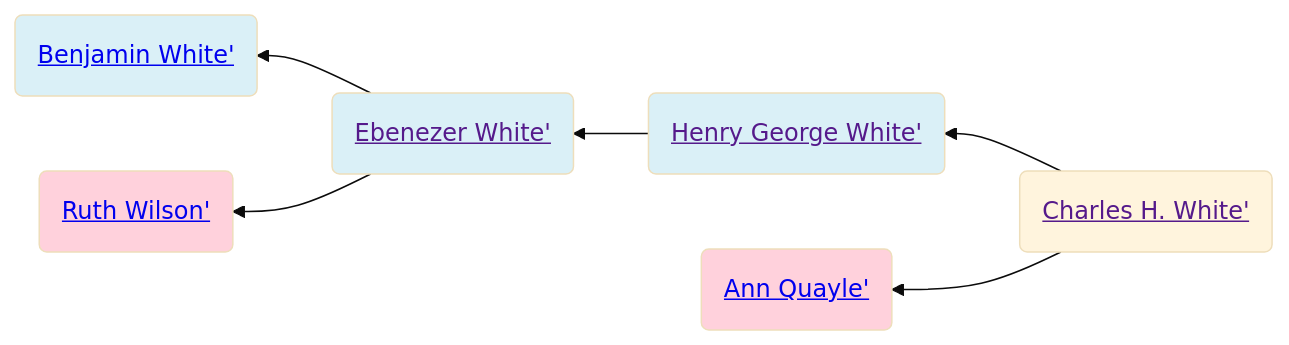
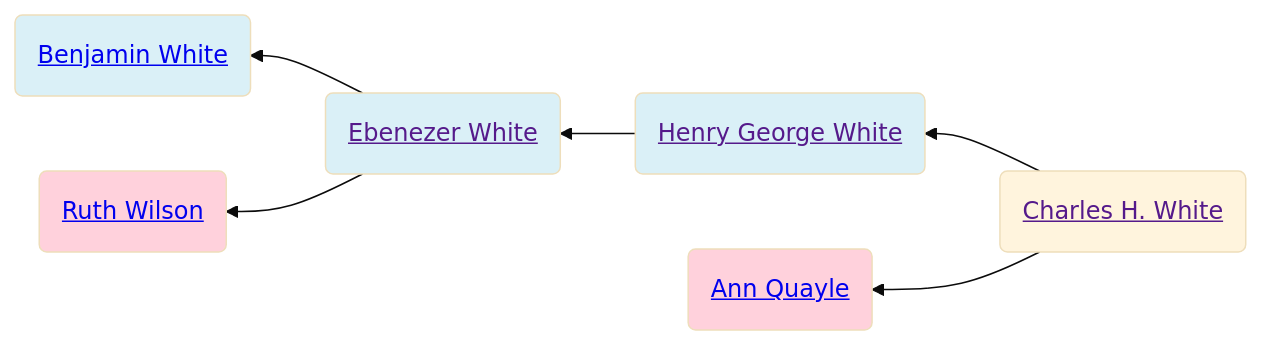
The diagram in familyhistory/sources/people/Merrill-line/White-line/Charles_H._White.qmd (neelsmith/avocational), drawn with Mermaid (base theme) before and after one commit. The commit also changed 96 other files, not shown here.

````diff
--- a/familyhistory/sources/people/Merrill-line/White-line/Charles_H._White.qmd
+++ b/familyhistory/sources/people/Merrill-line/White-line/Charles_H._White.qmd
@@ -19,18 +19,18 @@
 ```{mermaid}
 graph RL
 %% RL ancestor diagram
-Charles_H._White(<a href=''>Charles H. White'</>) -->  Henry_George_White(<a href='./Henry_George_White.html'>Henry George White'</>)
-Henry_George_White(<a href=''>Henry George White'</>) -->  Ebenezer_White(<a href='./Ebenezer_White.html'>Ebenezer White'</>)
-Ebenezer_White(<a href=''>Ebenezer White'</>) -->  Benjamin_White(<a href='./Benjamin_White.html'>Benjamin White'</>)
+Charles_H._White(<a href=''>Charles H. White</a>) -->  Henry_George_White(<a href='./Henry_George_White.html'>Henry George White</a>)
+Henry_George_White(<a href=''>Henry George White</a>) -->  Ebenezer_White(<a href='./Ebenezer_White.html'>Ebenezer White</a>)
+Ebenezer_White(<a href=''>Ebenezer White</a>) -->  Benjamin_White(<a href='./Benjamin_White.html'>Benjamin White</a>)
 class Benjamin_White father
-Ebenezer_White(<a href=''>Ebenezer White'</>)  --> Ruth_Wilson(<a href='./Wilson-line/Ruth_Wilson.html'>Ruth Wilson'</>)
+Ebenezer_White(<a href=''>Ebenezer White</a>)  --> Ruth_Wilson(<a href='./Wilson-line/Ruth_Wilson.html'>Ruth Wilson</a>)
 class Ruth_Wilson mother
 class Ebenezer_White father
 class Henry_George_White father
-Charles_H._White(<a href=''>Charles H. White'</>)  --> Ann_Quayle(<a href='./Ann_Quayle.html'>Ann Quayle'</>)
+Charles_H._White(<a href=''>Charles H. White</a>)  --> Ann_Quayle(<a href='./Ann_Quayle.html'>Ann Quayle</a>)
 class Ann_Quayle mother
 classDef mother fill:#ffd1dc
 classDef father fill:#daf0f7  
 classDef marriage fill:#ffffff
 
 ```
````
